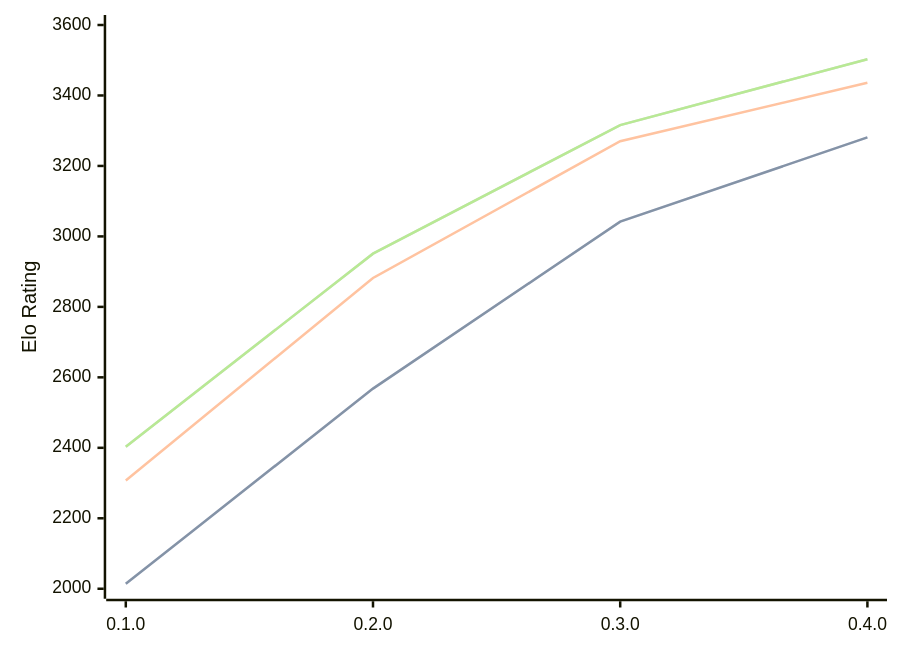
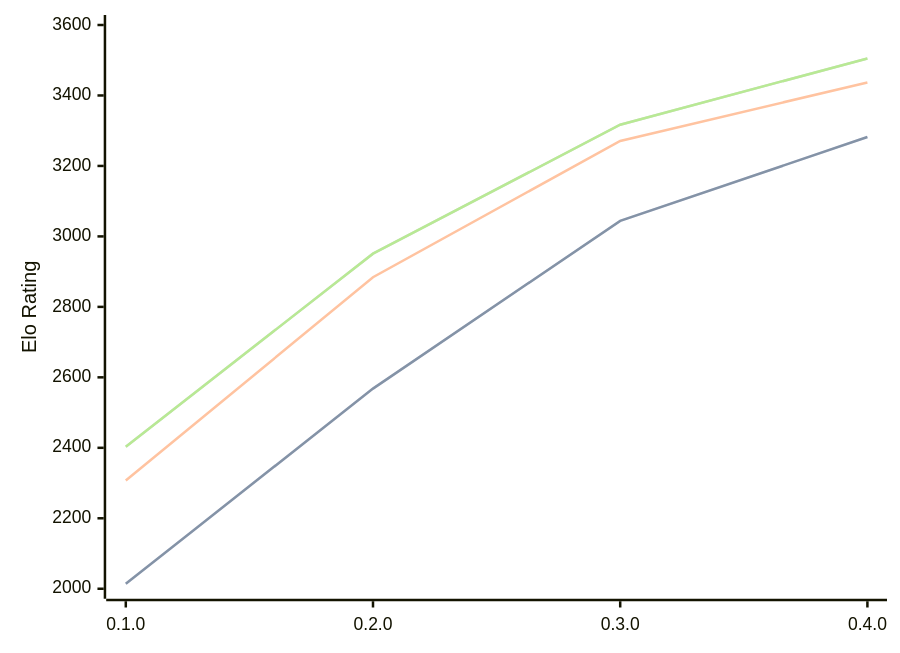
Before and after one commit to computer-chess-index/cci: the diagram in engines/Justbot.md, drawn with Mermaid. The commit also changed other lines of this file, not shown here.

Commit message:
Update CCI Ratings (ELO VLTC) - 2026-08-19

````diff
--- a/engines/Justbot.md
+++ b/engines/Justbot.md
@@ -34,11 +34,11 @@
 ```mermaid
 %%{init: {"theme":"base","themeVariables":{"seriesColors:['#a3a3a3','#222221','#faa371']}}}%%
 xychart-beta
   x-axis ["0.1.0", "0.2.0", "0.3.0", "0.4.0"]
   y-axis "Elo Rating" 2000 --> 3600
-  line "STC (8.0+0.08s)" [2014, 2568, 3042, 3281]
-  line "STC (8.0+0.08s)" [2014, 2568, 3042, 3281]
-  line "LTC (60.0+0.60s)" [2307, 2882, 3270, 3436]
-  line "VLTC (2m24s+1.12s)" [2403, 2951, 3316, 3503]
-  line "VLTC (2m24s+1.12s)" [2403, 2951, 3316, 3503]
+  line "STC (8.0+0.08s)" [2014, 2568, 3044, 3282]
+  line "STC (8.0+0.08s)" [2014, 2568, 3044, 3282]
+  line "LTC (60.0+0.60s)" [2307, 2884, 3271, 3437]
+  line "VLTC (2m24s+1.12s)" [2403, 2951, 3317, 3505]
+  line "VLTC (2m24s+1.12s)" [2403, 2951, 3317, 3505]
 ```
````
